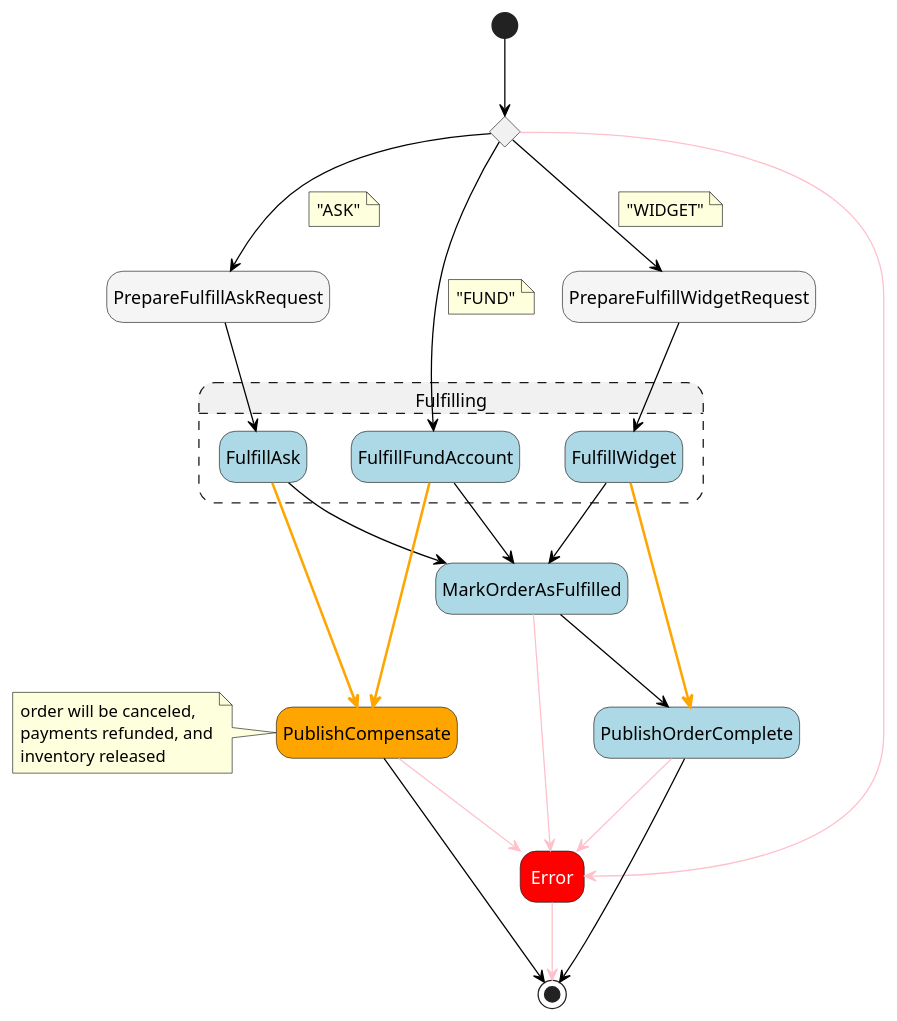
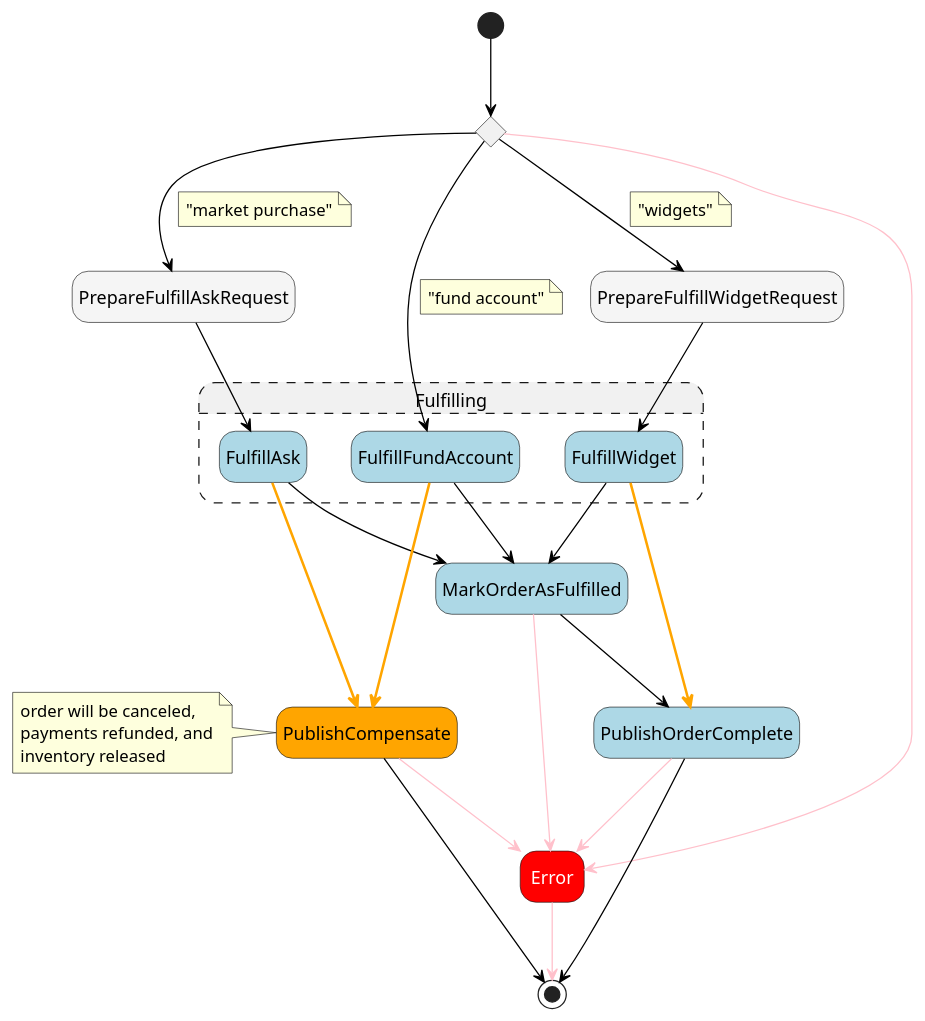
The diagram in src/__tests__/pumls/demo.asl.puml (massfords/asl-puml), drawn with PlantUML before and after one commit. The commit also changed 4 other files, not shown here.

```diff
--- a/src/__tests__/pumls/demo.asl.puml
+++ b/src/__tests__/pumls/demo.asl.puml
@@ -1,65 +1,65 @@
 @startuml
 hide empty description
 skinparam ArrowColor #black
 skinparam state {
 
     BackgroundColor<<Choice>> #whitesmoke
     FontColor<<Choice>> automatic
 
     BackgroundColor<<aslFail>> #red
     FontColor<<aslFail>> automatic
 
     BackgroundColor<<aslPass>> #whitesmoke
     FontColor<<aslPass>> automatic
 
     BackgroundColor<<aslTask>> #lightblue
     FontColor<<aslTask>> automatic
     BackgroundColor<<Compensate>> #orange
 }
 state "Fulfilling" as compositeState1 ##[dashed] {
 state "FulfillWidget" as state4<<aslTask>>
 state "FulfillAsk" as state5<<aslTask>>
 state "FulfillFundAccount" as state6<<aslTask>>
 }
 state "Dispatch by type of item" as state1<<Choice>>
 state "PrepareFulfillWidgetRequest" as state2<<aslPass>>
 state "PrepareFulfillAskRequest" as state3<<aslPass>>
 state "MarkOrderAsFulfilled" as state7<<aslTask>>
 state "Error" as state8<<aslFail>>
 state "PublishOrderComplete" as state9<<aslTask>>
 state "PublishCompensate" as state10<<Compensate>>
 note left
   order will be canceled,
   payments refunded, and
   inventory released
 end note
 [*] --> state1
 state1 --> state2
 note on link
-"WIDGET"
+"widgets"
 end note
 state1 --> state3
 note on link
-"ASK"
+"market purchase"
 end note
 state1 --> state6
 note on link
-"FUND"
+"fund account"
 end note
 state1 -[#pink]-> state8
 state2 --> state4
 state3 --> state5
 state4 --> state7
 state4 -[bold,#orange]-> state9
 state5 --> state7
 state5 -[bold,#orange]-> state10
 state6 --> state7
 state6 -[bold,#orange]-> state10
 state7 --> state9
 state7 -[#pink]-> state8
 state8 -[#pink]-> [*]
 state9 --> [*]
 state9 -[#pink]-> state8
 state10 --> [*]
 state10 -[#pink]-> state8
 @enduml
```
